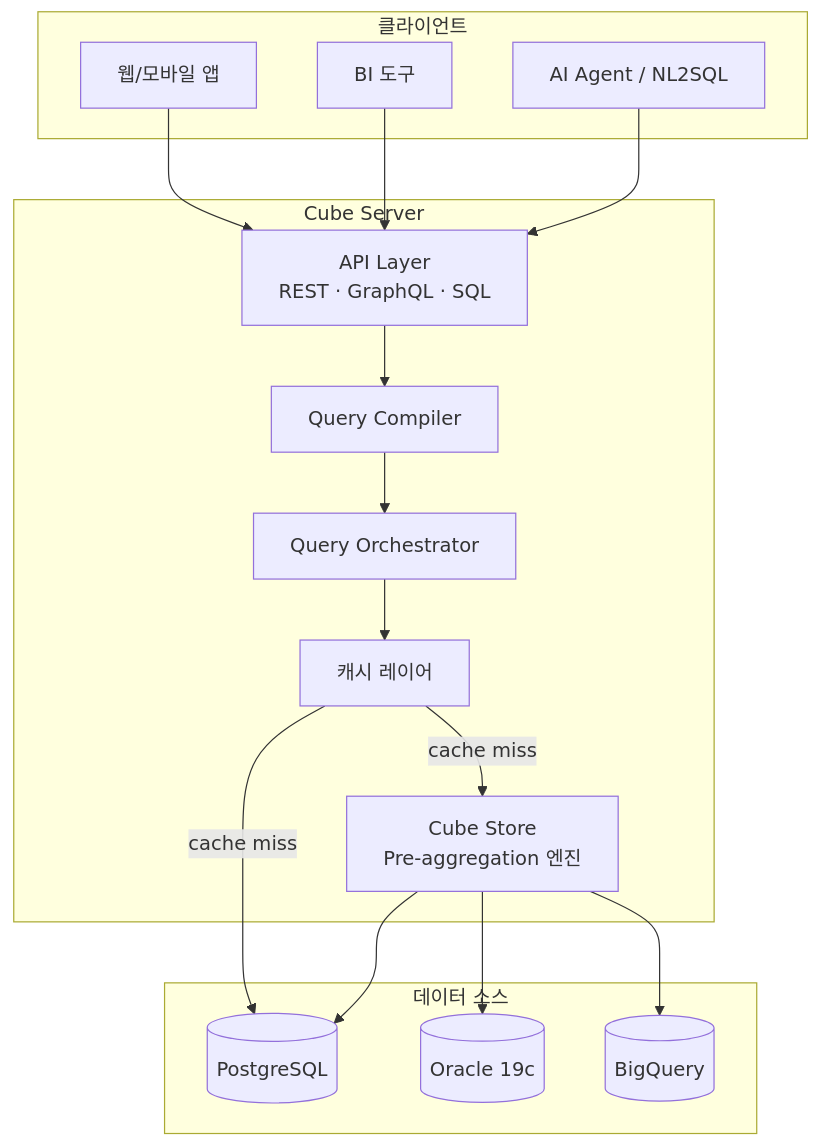
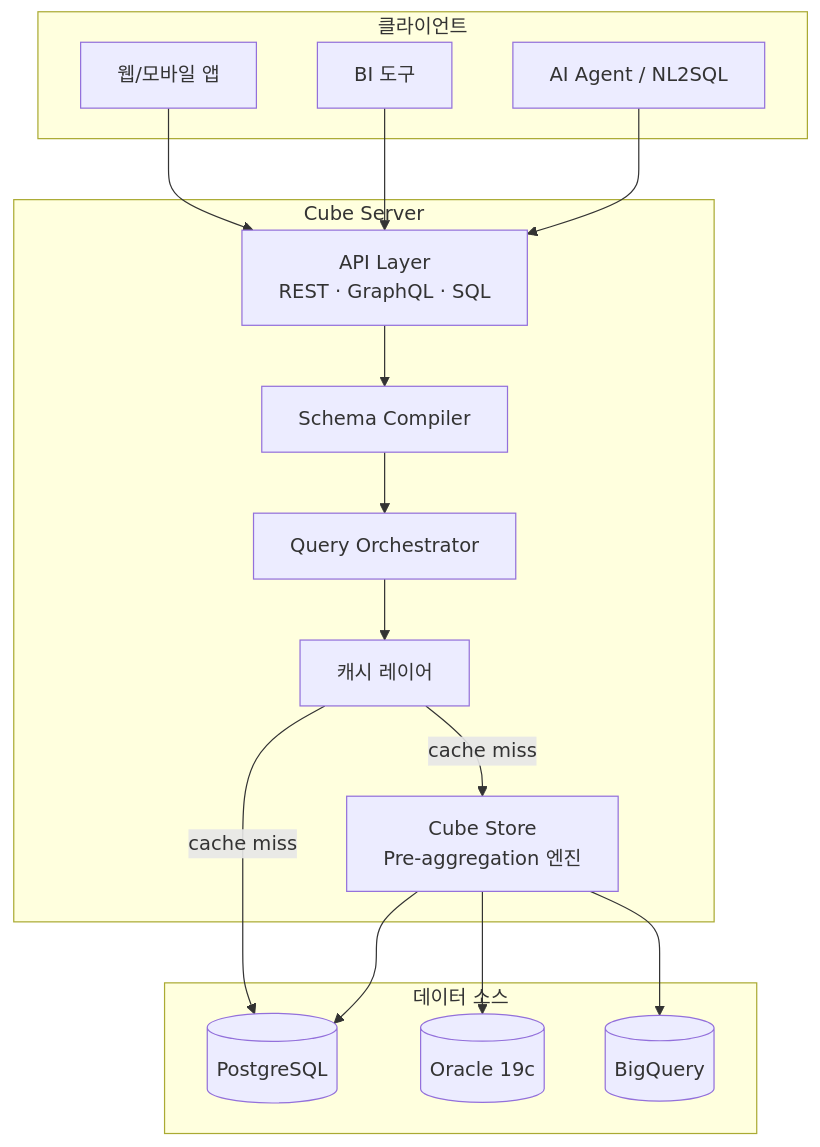
Before and after one commit to izzyLim/BIP-Pipeline: the second of 11 diagrams in docs/guide_cubejs.md, drawn with Mermaid. The commit also changed other lines of this file and 3 other files, not shown here.

````diff
--- a/docs/guide_cubejs.md
+++ b/docs/guide_cubejs.md
@@ -31,29 +131,29 @@
 ```mermaid
 graph TB
     subgraph Clients["클라이언트"]
         APP[웹/모바일 앱]
         BI[BI 도구]
         AGENT[AI Agent / NL2SQL]
     end
     subgraph CubeServer["Cube Server"]
-        API["API Layer\nREST · GraphQL · SQL"]
-        COMPILER[Query Compiler]
+        API["API Layer<br/>REST · GraphQL · SQL"]
+        COMPILER[Schema Compiler]
         ORCHESTRATOR[Query Orchestrator]
         CACHE[캐시 레이어]
-        STORE["Cube Store\nPre-aggregation 엔진"]
+        STORE["Cube Store<br/>Pre-aggregation 엔진"]
     end
     subgraph DataSources["데이터 소스"]
         PG[(PostgreSQL)]
         ORACLE[(Oracle 19c)]
         BQ[(BigQuery)]
     end
     APP --> API
     BI --> API
     AGENT --> API
     API --> COMPILER --> ORCHESTRATOR --> CACHE
     CACHE -->|cache miss| STORE
     CACHE -->|cache miss| PG
     STORE --> PG
     STORE --> ORACLE
     STORE --> BQ
 ```
````
